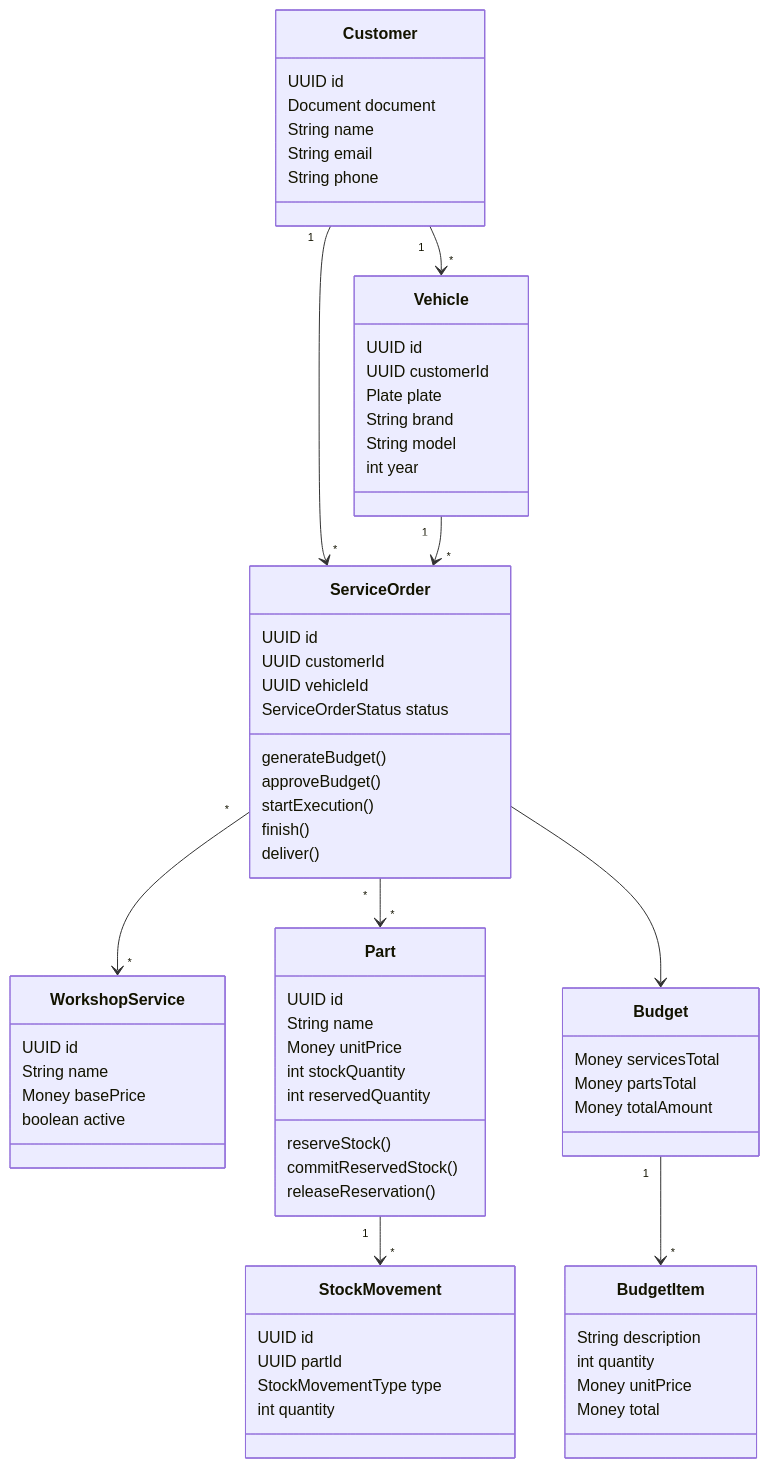
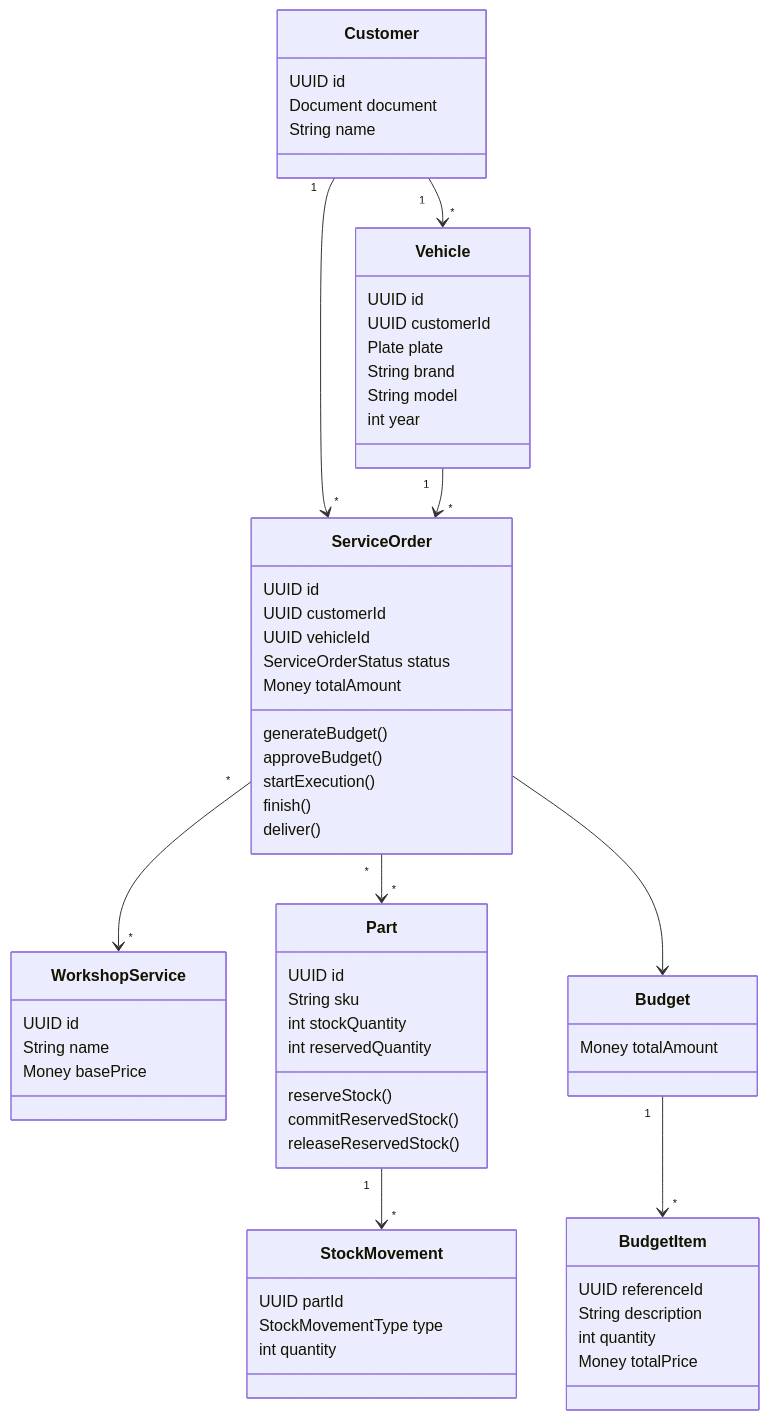
The fourth of 4 diagrams in docs/DDD_DOCUMENTATION.md (yxsbx/SOAT-FIAP), drawn with Mermaid before and after one commit. The commit also changed other lines of this file and 34 other files, not shown here.

````diff
--- a/docs/DDD_DOCUMENTATION.md
+++ b/docs/DDD_DOCUMENTATION.md
@@ -580,78 +422,72 @@
 ```mermaid
 classDiagram
     class Customer {
         UUID id
         Document document
         String name
-        String email
-        String phone
     }
 
     class Vehicle {
         UUID id
         UUID customerId
         Plate plate
         String brand
         String model
         int year
     }
 
     class ServiceOrder {
         UUID id
         UUID customerId
         UUID vehicleId
         ServiceOrderStatus status
+        Money totalAmount
         generateBudget()
         approveBudget()
         startExecution()
         finish()
         deliver()
     }
 
     class WorkshopService {
         UUID id
         String name
         Money basePrice
-        boolean active
     }
 
     class Part {
         UUID id
-        String name
-        Money unitPrice
+        String sku
         int stockQuantity
         int reservedQuantity
         reserveStock()
         commitReservedStock()
-        releaseReservation()
+        releaseReservedStock()
     }
 
     class Budget {
-        Money servicesTotal
-        Money partsTotal
         Money totalAmount
     }
 
     class BudgetItem {
+        UUID referenceId
         String description
         int quantity
-        Money unitPrice
-        Money total
+        Money totalPrice
     }
 
     class StockMovement {
-        UUID id
         UUID partId
         StockMovementType type
         int quantity
     }
 
     Customer "1" --> "*" Vehicle
     Customer "1" --> "*" ServiceOrder
     Vehicle "1" --> "*" ServiceOrder
     ServiceOrder "*" --> "*" WorkshopService
     ServiceOrder "*" --> "*" Part
     ServiceOrder --> Budget
     Budget "1" --> "*" BudgetItem
     Part "1" --> "*" StockMovement
 ```
````
